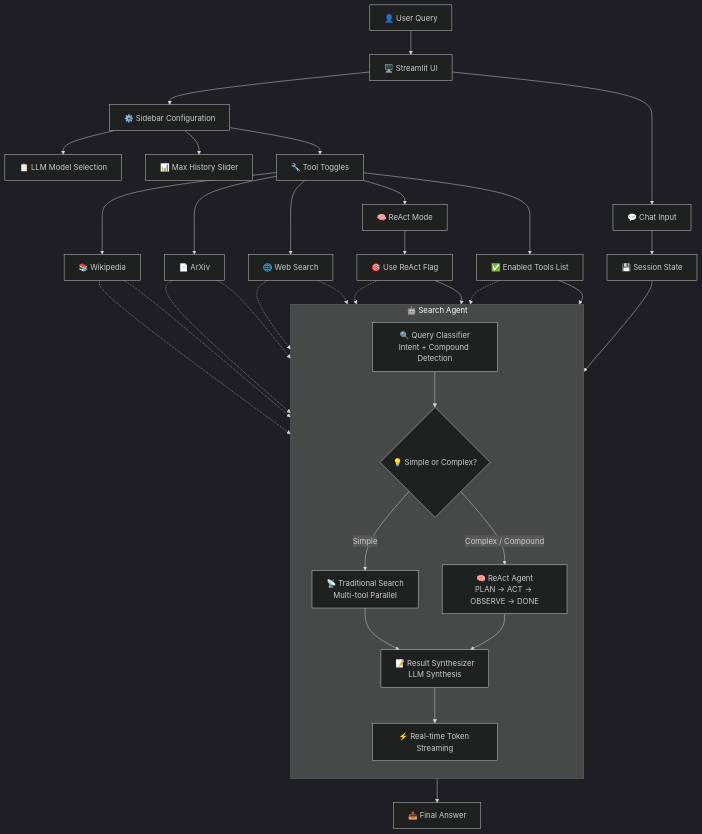
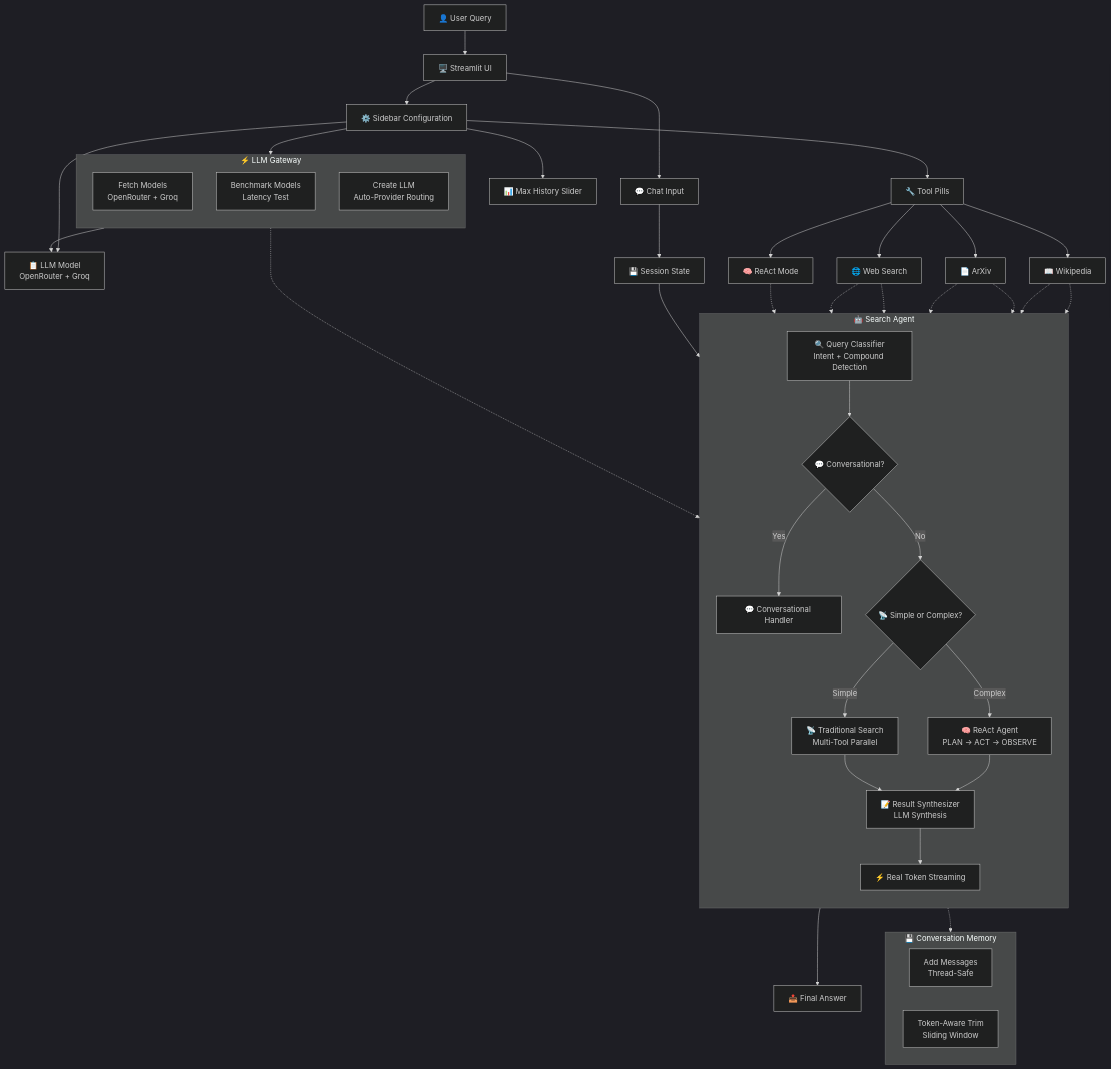
The diagram in README.md (ammarmalik17/omnifinder-ai), drawn with Mermaid (dark theme) before and after one commit. The commit also changed other lines of this file, not shown here.

Commit message:
docs(readme): update to support multi-provider LLM integration
- Replace OpenRouter-only references with OpenRouter and Groq multi-provider support
- Update API key requirements and signup instructions for both providers
- Modify Streamlit run command to new app.py path
- Revise model selection, max history slider, and UI tool toggles to reflect new changes
- Introduce LLM Gateway component for centralized model management and routing
- Add Conversational Handler to process greetings and small talk separately
- Update diagrams to show enhanced agent architecture with conversational and memory modules
- Change default model to "openai/gpt-5-nano" from OpenRouter
- Add Groq client to dependencies and update documentation accordingly
- Improve troubleshooting section with new error messages and multi-key advice

````diff
--- a/README.md
+++ b/README.md
@@ -148,52 +146,66 @@
 ```mermaid
 graph TB
     User[👤 User Query] --> StreamlitUI[🖥️ Streamlit UI]
     
     StreamlitUI --> SidebarConfig[⚙️ Sidebar Configuration]
     StreamlitUI --> ChatInput[💬 Chat Input]
     
-    SidebarConfig --> ModelSelect[📋 LLM Model Selection]
+    SidebarConfig --> ModelSelect[📋 LLM Model<br/>OpenRouter + Groq]
     SidebarConfig --> MaxHistory[📊 Max History Slider]
-    SidebarConfig --> ToolToggles[🔧 Tool Toggles]
+    SidebarConfig --> ToolPills[🔧 Tool Pills]
     
-    ToolToggles --> Wikipedia[📚 Wikipedia]
-    ToolToggles --> ArXiv[📄 ArXiv]
-    ToolToggles --> WebSearch[🌐 Web Search]
-    ToolToggles --> ReActMode[🧠 ReAct Mode]
+    ToolPills --> Wikipedia[📖 Wikipedia]
+    ToolPills --> ArXiv[📄 ArXiv]
+    ToolPills --> WebSearch[🌐 Web Search]
+    ToolPills --> ReActMode[🧠 ReAct Mode]
     
     ChatInput --> SessionState[💾 Session State]
     SessionState --> Agent[🤖 Search Agent]
-    
-    ToolToggles --> EnabledTools[✅ Enabled Tools List]
-    ReActMode --> ReActFlag[🎯 Use ReAct Flag]
-    
-    EnabledTools --> Agent
-    ReActFlag --> Agent
+
+    subgraph Gateway[⚡ LLM Gateway]
+        direction TB
+        FetchModels[Fetch Models<br/>OpenRouter + Groq]
+        Benchmark[Benchmark Models<br/>Latency Test]
+        CreateLLM[Create LLM<br/>Auto-Provider Routing]
+    end
+
+    SidebarConfig --> Gateway
+    Gateway --> ModelSelect
+    Gateway -.-> Agent
 
     subgraph Agent[🤖 Search Agent]
         direction TB
         Classifier[🔍 Query Classifier<br/>Intent + Compound Detection]
-        Router{💡 Simple or Complex?}
-        Traditional[📡 Traditional Search<br/>Multi-tool Parallel]
-        ReAct[🧠 ReAct Agent<br/>PLAN → ACT → OBSERVE → DONE]
+        ConvCheck{💬 Conversational?}
+        ConvHandler[💬 Conversational Handler]
+        Router{📡 Simple or Complex?}
+        Traditional[📡 Traditional Search<br/>Multi-Tool Parallel]
+        ReAct[🧠 ReAct Agent<br/>PLAN → ACT → OBSERVE]
         Synthesizer[📝 Result Synthesizer<br/>LLM Synthesis]
-        StreamingOut[⚡ Real-time Token Streaming]
+        StreamingOut[⚡ Real Token Streaming]
 
-        Classifier --> Router
+        Classifier --> ConvCheck
+        ConvCheck -->|Yes| ConvHandler
+        ConvCheck -->|No| Router
         Router -->|Simple| Traditional
-        Router -->|Complex / Compound| ReAct
+        Router -->|Complex| ReAct
         Traditional --> Synthesizer
         ReAct --> Synthesizer
         Synthesizer --> StreamingOut
     end
 
+    subgraph Memory[💾 Conversation Memory]
+        MemAdd[Add Messages<br/>Thread-Safe]
+        MemTrim[Token-Aware Trim<br/>Sliding Window]
+    end
+
     Agent --> Output[📤 Final Answer]
-    EnabledTools -.-> Traditional
-    ReActFlag -.-> Router
+    Agent -.-> Memory
     Wikipedia -.-> Traditional
     Wikipedia -.-> ReAct
     ArXiv -.-> Traditional
     ArXiv -.-> ReAct
     WebSearch -.-> Traditional
     WebSearch -.-> ReAct
+    ReActMode -.-> Router
 ```
````
